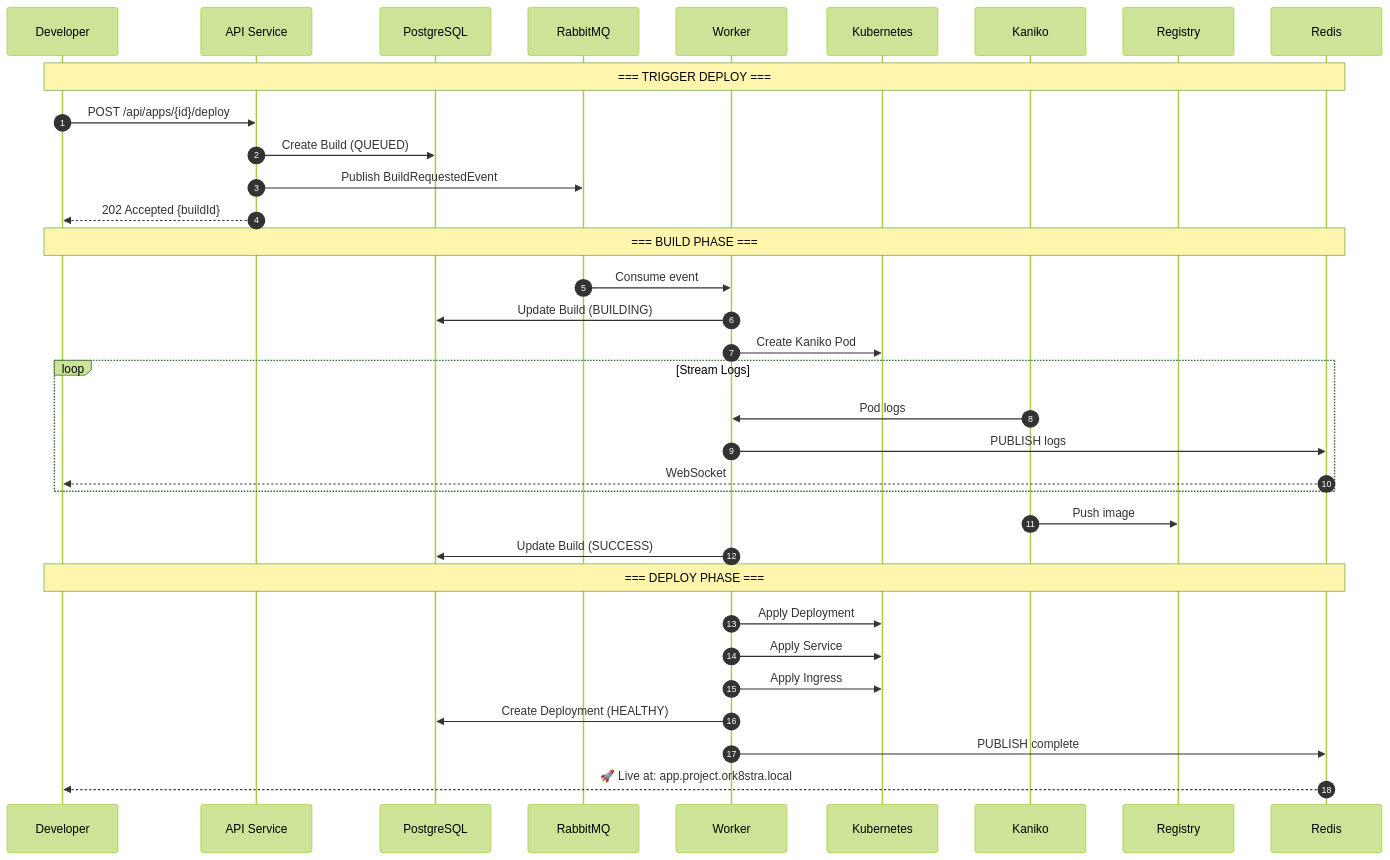
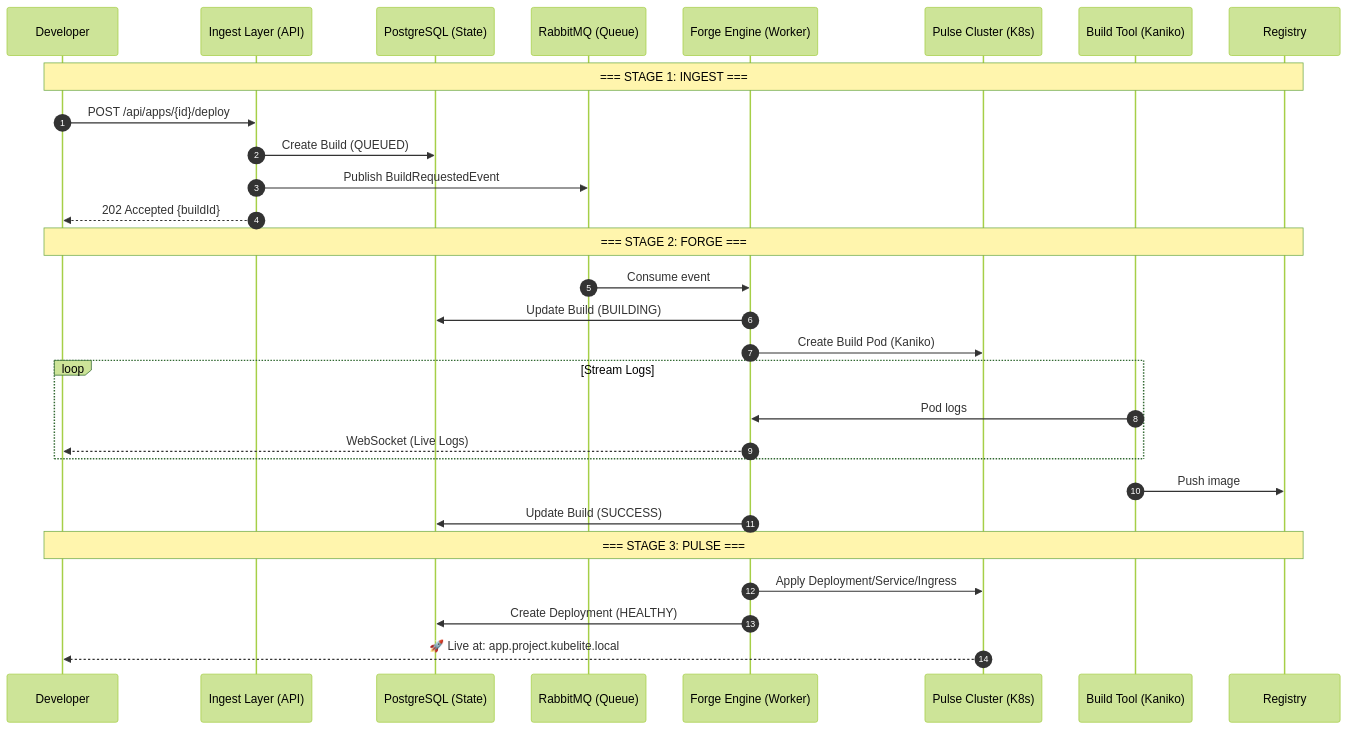
One commit to A-007481D/KubeLite changed the diagram in diagrams/flow/deployment-flow.mmd. Above: the diagram before and after it, drawn with Mermaid (forest theme). The commit also changed 1 other file, not shown here.

Commit message:
docs(architecture): complete synchronization of all diagrams with KubeLite vision

```diff
--- a/diagrams/flow/deployment-flow.mmd
+++ b/diagrams/flow/deployment-flow.mmd
@@ -1,43 +1,38 @@
 sequenceDiagram
     autonumber
     
     participant User as Developer
-    participant API as  API Service
-    participant DB as  PostgreSQL
-    participant MQ as  RabbitMQ
-    participant Worker as  Worker
-    participant K8s as Kubernetes
-    participant Kaniko as Kaniko
+    participant Ingest as Ingest Layer (API)
+    participant DB as PostgreSQL (State)
+    participant MQ as RabbitMQ (Queue)
+    participant Forge as Forge Engine (Worker)
+    participant Pulse as Pulse Cluster (K8s)
+    participant Kaniko as Build Tool (Kaniko)
     participant Registry as Registry
-    participant Redis as Redis
 
-    Note over User,Redis: === TRIGGER DEPLOY ===
+    Note over User,Registry: === STAGE 1: INGEST ===
     
-    User->>API: POST /api/apps/{id}/deploy
-    API->>DB: Create Build (QUEUED)
-    API->>MQ: Publish BuildRequestedEvent
-    API-->>User: 202 Accepted {buildId}
+    User->>Ingest: POST /api/apps/{id}/deploy
+    Ingest->>DB: Create Build (QUEUED)
+    Ingest->>MQ: Publish BuildRequestedEvent
+    Ingest-->>User: 202 Accepted {buildId}
     
-    Note over User,Redis: === BUILD PHASE ===
+    Note over User,Registry: === STAGE 2: FORGE ===
     
-    MQ->>Worker: Consume event
-    Worker->>DB: Update Build (BUILDING)
-    Worker->>K8s: Create Kaniko Pod
+    MQ->>Forge: Consume event
+    Forge->>DB: Update Build (BUILDING)
+    Forge->>Pulse: Create Build Pod (Kaniko)
     
     loop Stream Logs
-        Kaniko->>Worker: Pod logs
-        Worker->>Redis: PUBLISH logs
-        Redis-->>User: WebSocket
+        Kaniko->>Forge: Pod logs
+        Forge-->>User: WebSocket (Live Logs)
     end
     
     Kaniko->>Registry: Push image
-    Worker->>DB: Update Build (SUCCESS)
+    Forge->>DB: Update Build (SUCCESS)
     
-    Note over User,Redis: === DEPLOY PHASE ===
+    Note over User,Registry: === STAGE 3: PULSE ===
     
-    Worker->>K8s: Apply Deployment
-    Worker->>K8s: Apply Service
-    Worker->>K8s: Apply Ingress
-    Worker->>DB: Create Deployment (HEALTHY)
-    Worker->>Redis: PUBLISH complete
-    Redis-->>User: 🚀 Live at: app.project.ork8stra.local
+    Forge->>Pulse: Apply Deployment/Service/Ingress
+    Forge->>DB: Create Deployment (HEALTHY)
+    Pulse-->>User: 🚀 Live at: app.project.kubelite.local
```
